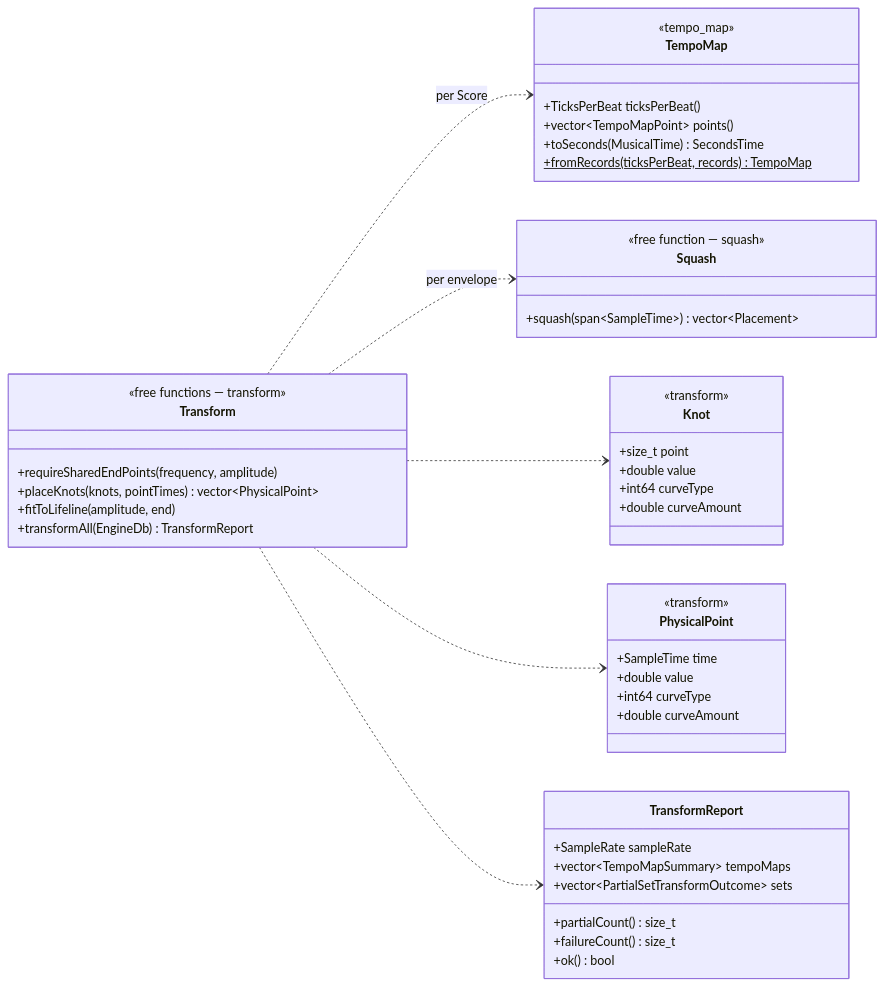
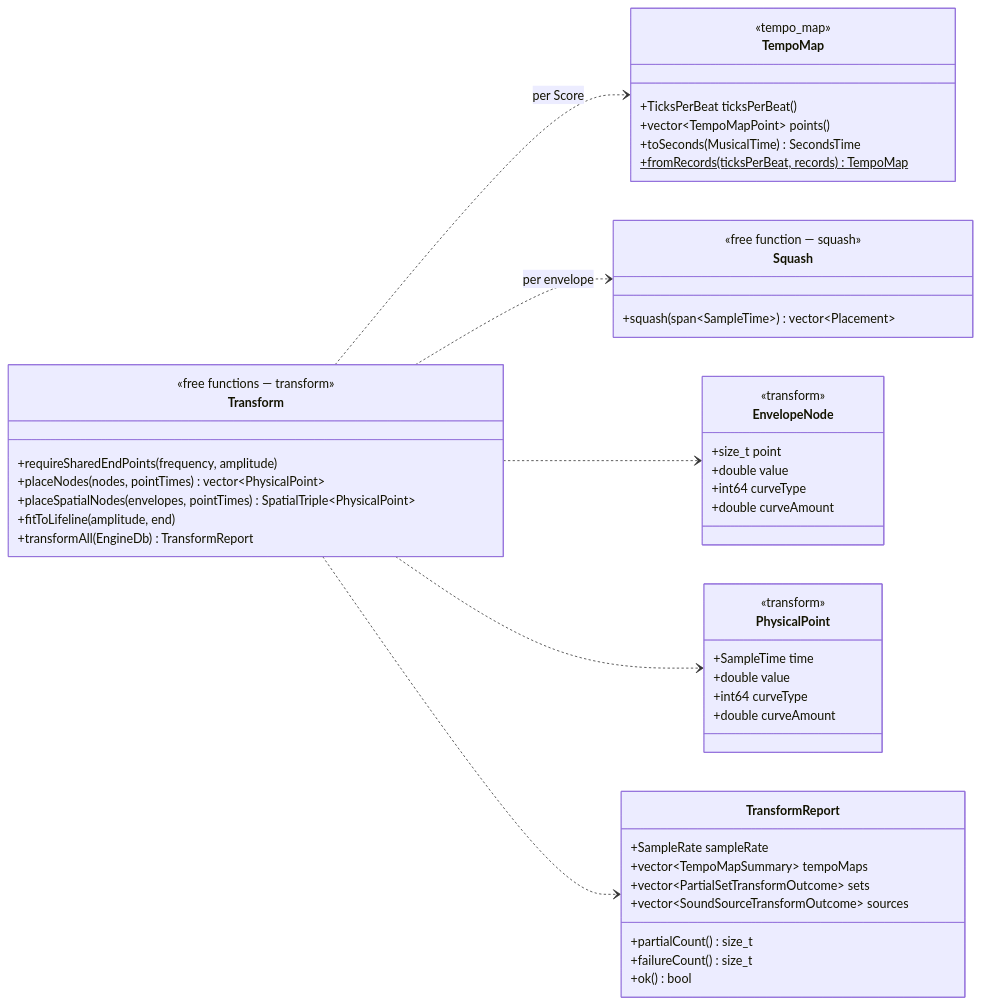
One commit to broadya/RAINBOHz changed the second of 2 diagrams in rendering-engine/docs/transform.md. Above: the diagram before and after it, drawn with Mermaid. The commit also changed other lines of this file and 39 other files, not shown here.

````diff
--- a/rendering-engine/docs/transform.md
+++ b/rendering-engine/docs/transform.md
@@ -543,56 +667,58 @@
 ```mermaid
 classDiagram
     direction LR
 
     class TempoMap {
         <<tempo_map>>
         +TicksPerBeat ticksPerBeat()
         +vector~TempoMapPoint~ points()
         +toSeconds(MusicalTime) SecondsTime
         +fromRecords(ticksPerBeat, records)$ TempoMap
     }
 
     class Squash {
         <<free function — squash>>
         +squash(span~SampleTime~) vector~Placement~
     }
 
-    class Knot {
+    class EnvelopeNode {
         <<transform>>
         +size_t point
         +double value
         +int64 curveType
         +double curveAmount
     }
 
     class PhysicalPoint {
         <<transform>>
         +SampleTime time
         +double value
         +int64 curveType
         +double curveAmount
     }
 
     class Transform {
         <<free functions — transform>>
         +requireSharedEndPoints(frequency, amplitude)
-        +placeKnots(knots, pointTimes) vector~PhysicalPoint~
+        +placeNodes(nodes, pointTimes) vector~PhysicalPoint~
+        +placeSpatialNodes(envelopes, pointTimes) SpatialTriple~PhysicalPoint~
         +fitToLifeline(amplitude, end)
         +transformAll(EngineDb) TransformReport
     }
 
     class TransformReport {
         +SampleRate sampleRate
         +vector~TempoMapSummary~ tempoMaps
         +vector~PartialSetTransformOutcome~ sets
+        +vector~SoundSourceTransformOutcome~ sources
         +partialCount() size_t
         +failureCount() size_t
         +ok() bool
     }
 
     Transform ..> TempoMap : per Score
     Transform ..> Squash : per envelope
-    Transform ..> Knot
+    Transform ..> EnvelopeNode
     Transform ..> PhysicalPoint
     Transform ..> TransformReport
 ```
````
